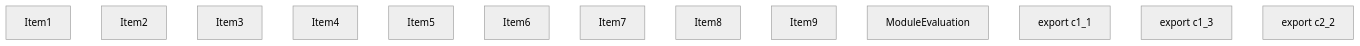
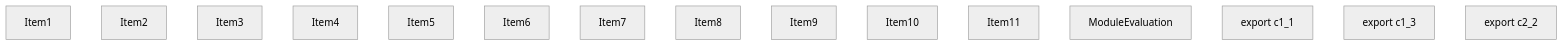
The first of 5 diagrams in crates/turbopack-ecmascript/tests/tree-shaker/analyzer/3/output.md (vercel/turborepo), drawn with Mermaid (neutral theme) before and after one commit. The commit also changed other lines of this file, not shown here.

````diff
--- a/crates/turbopack-ecmascript/tests/tree-shaker/analyzer/3/output.md
+++ b/crates/turbopack-ecmascript/tests/tree-shaker/analyzer/3/output.md
@@ -114,20 +134,22 @@
 ```mermaid
 graph TD
     Item1;
     Item2;
     Item3;
     Item4;
     Item5;
     Item6;
     Item7;
     Item8;
     Item9;
     Item10;
-    Item10["ModuleEvaluation"];
     Item11;
-    Item11["export c1_1"];
     Item12;
-    Item12["export c1_3"];
+    Item12["ModuleEvaluation"];
     Item13;
-    Item13["export c2_2"];
+    Item13["export c1_1"];
+    Item14;
+    Item14["export c1_3"];
+    Item15;
+    Item15["export c2_2"];
 ```
````
